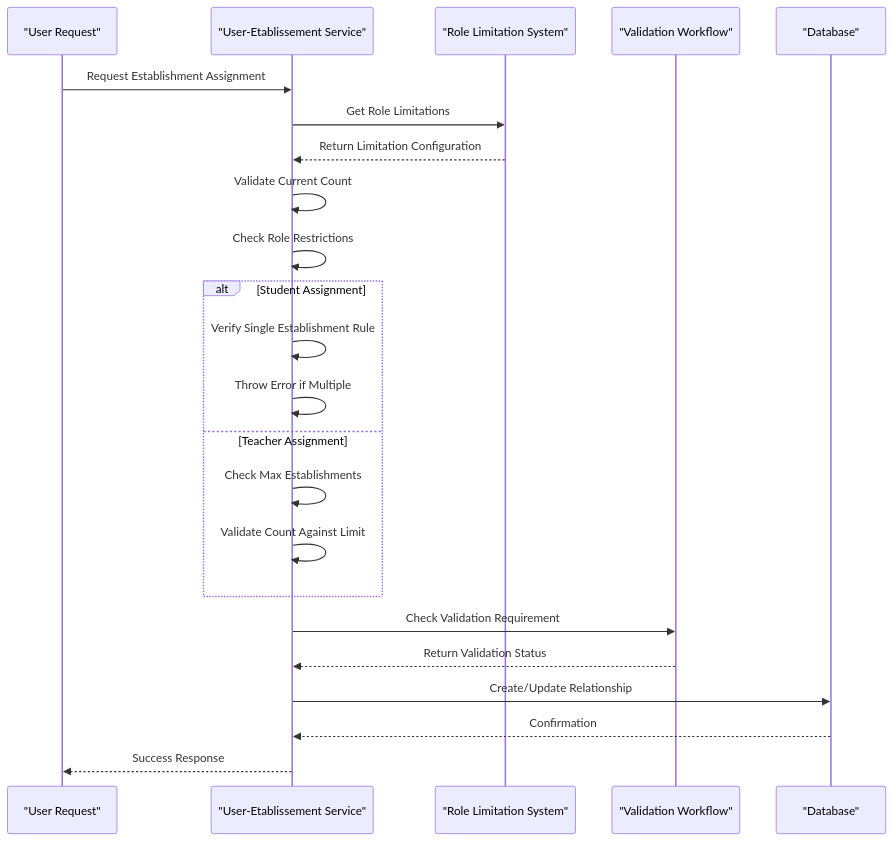
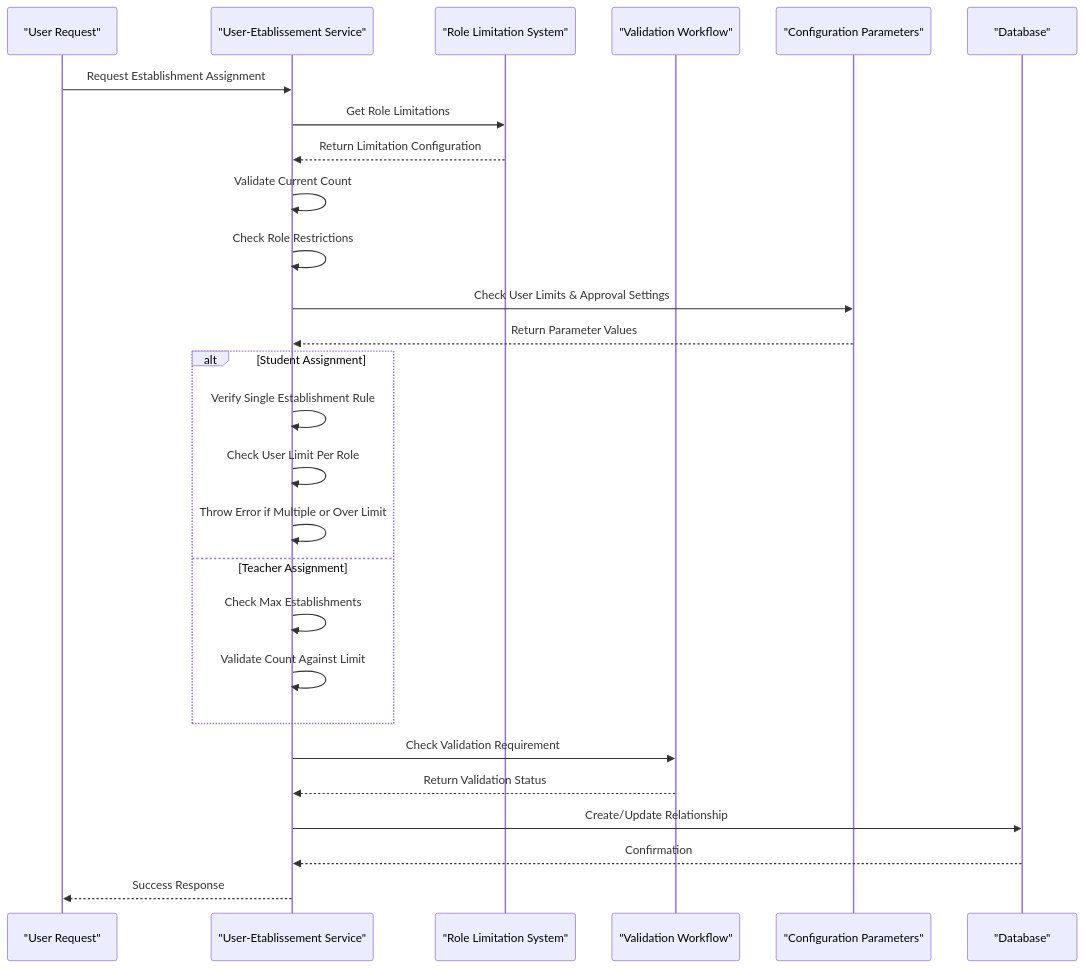
Before and after one commit to franckylab/eLISAschool: the fourth of 19 diagrams in .qoder/repowiki/en/content/Modules & Features/Administrative Modules/Establishment Management.md, drawn with Mermaid. The commit also changed other lines of this file and 155 other files, not shown here.

````diff
--- a/.qoder/repowiki/en/content/Modules & Features/Administrative Modules/Establishment Management.md
+++ b/.qoder/repowiki/en/content/Modules & Features/Administrative Modules/Establishment Management.md
@@ -214,25 +239,29 @@
 ```mermaid
 sequenceDiagram
 participant User as "User Request"
 participant Service as "User-Etablissement Service"
 participant Limitation as "Role Limitation System"
 participant Validation as "Validation Workflow"
+participant ConfigParams as "Configuration Parameters"
 participant DB as "Database"
 User->>Service : Request Establishment Assignment
 Service->>Limitation : Get Role Limitations
 Limitation-->>Service : Return Limitation Configuration
 Service->>Service : Validate Current Count
 Service->>Service : Check Role Restrictions
+Service->>ConfigParams : Check User Limits & Approval Settings
+ConfigParams-->>Service : Return Parameter Values
 alt Student Assignment
 Service->>Service : Verify Single Establishment Rule
-Service->>Service : Throw Error if Multiple
+Service->>Service : Check User Limit Per Role
+Service->>Service : Throw Error if Multiple or Over Limit
 else Teacher Assignment
 Service->>Service : Check Max Establishments
 Service->>Service : Validate Count Against Limit
 end
 Service->>Validation : Check Validation Requirement
 Validation-->>Service : Return Validation Status
 Service->>DB : Create/Update Relationship
 DB-->>Service : Confirmation
 Service-->>User : Success Response
 ```
````
